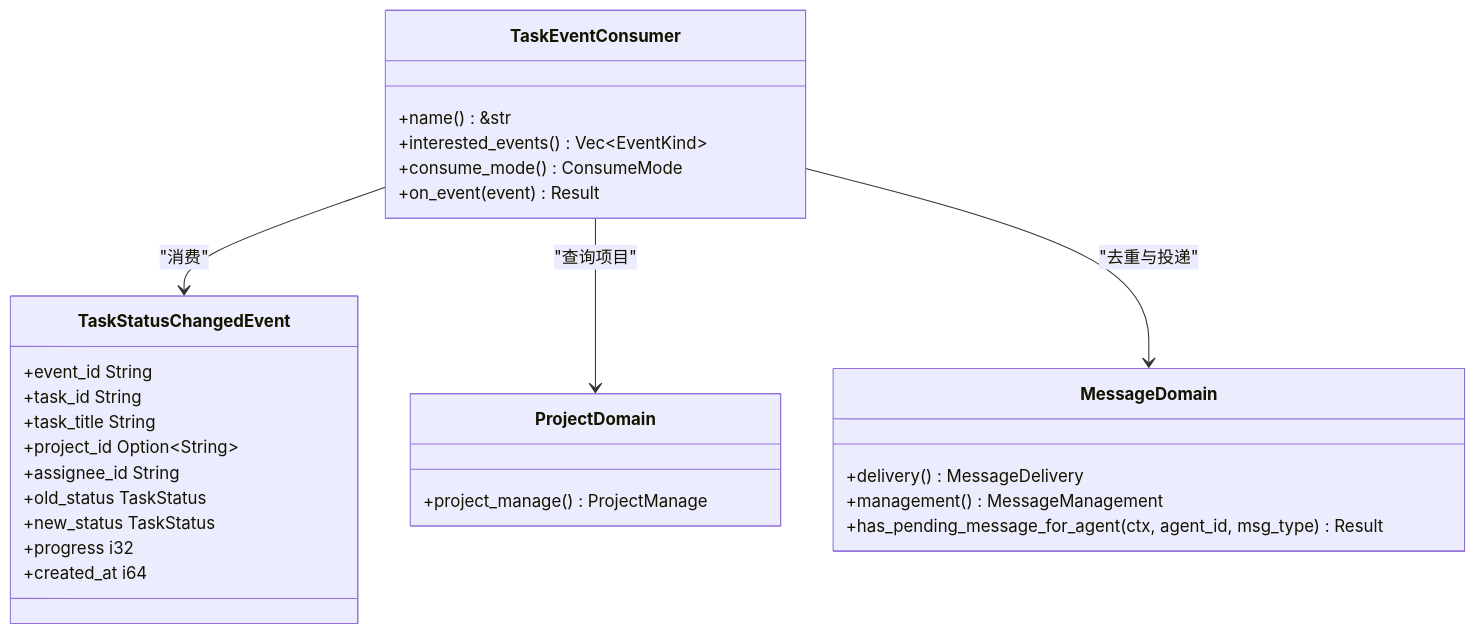
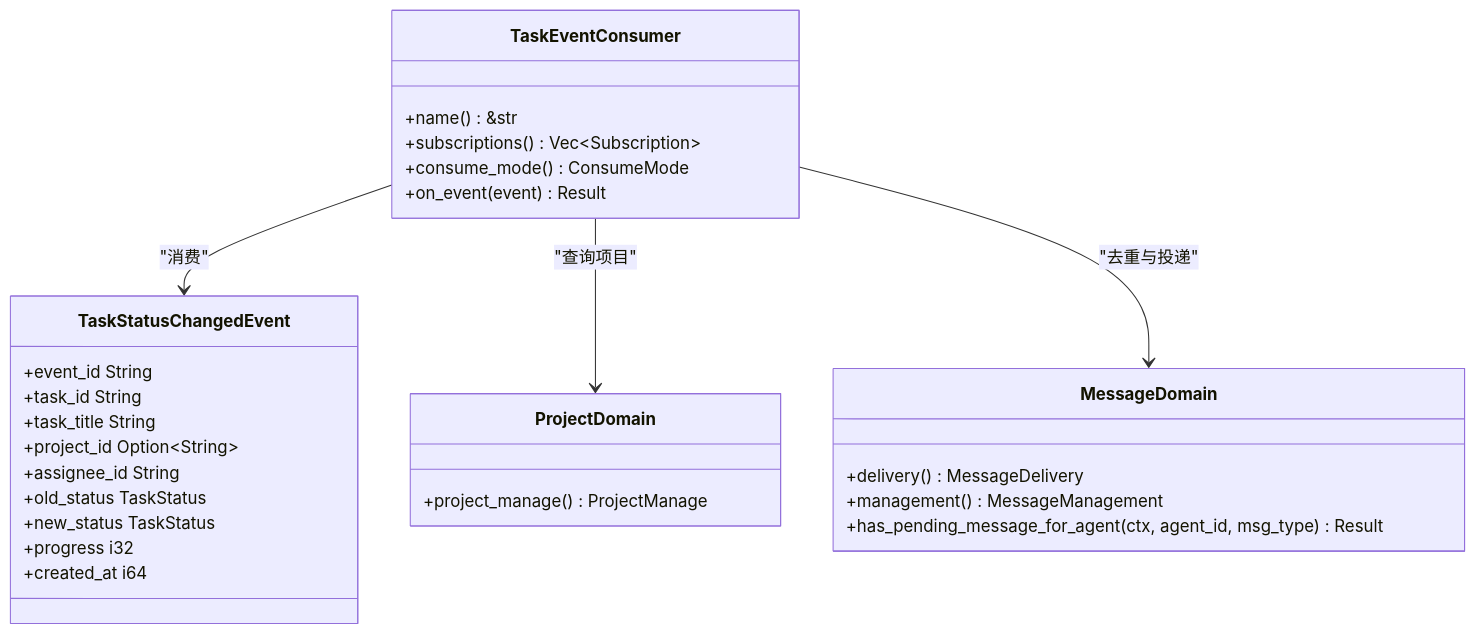
One commit to runningcoders/ai_orz changed the fourth of 4 diagrams in docs/wiki/zh/content/基础设施/AOP 事件系统/事件消费者/任务事件消费者.md. Above: the diagram before and after it, drawn with Mermaid. The commit also changed other lines of this file and 37 other files, not shown here.

````diff
--- a/docs/wiki/zh/content/基础设施/AOP 事件系统/事件消费者/任务事件消费者.md
+++ b/docs/wiki/zh/content/基础设施/AOP 事件系统/事件消费者/任务事件消费者.md
@@ -230,31 +237,31 @@
 ```mermaid
 classDiagram
 class TaskEventConsumer {
 +name() &str
-+interested_events() Vec~EventKind~
++subscriptions() Vec~Subscription~
 +consume_mode() ConsumeMode
 +on_event(event) Result
 }
 class TaskStatusChangedEvent {
 +event_id String
 +task_id String
 +task_title String
 +project_id Option~String~
 +assignee_id String
 +old_status TaskStatus
 +new_status TaskStatus
 +progress i32
 +created_at i64
 }
 class MessageDomain {
 +delivery() MessageDelivery
 +management() MessageManagement
 +has_pending_message_for_agent(ctx, agent_id, msg_type) Result<bool>
 }
 class ProjectDomain {
 +project_manage() ProjectManage
 }
 TaskEventConsumer --> TaskStatusChangedEvent : "消费"
 TaskEventConsumer --> ProjectDomain : "查询项目"
 TaskEventConsumer --> MessageDomain : "去重与投递"
 ```
````
